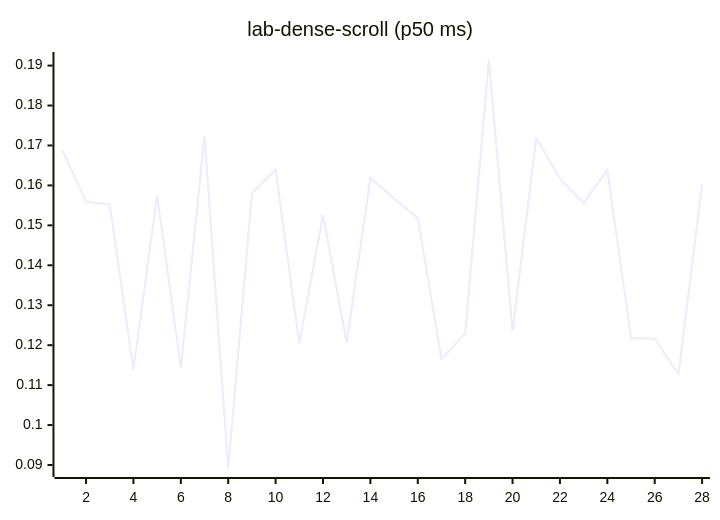
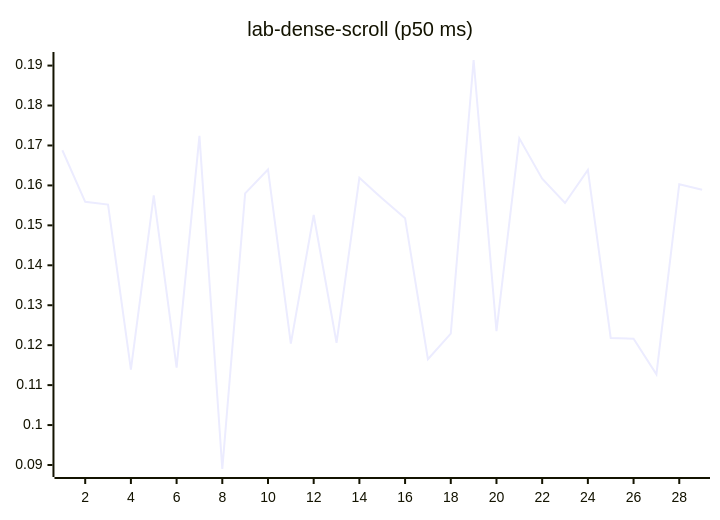
One commit to josha/Facet changed diagram 12 of 27 in README.md. Above: the diagram before and after it, drawn with Mermaid. The commit also changed other lines of this file and 2 other files, not shown here.

````diff
--- a/README.md
+++ b/README.md
@@ -140,6 +140,6 @@
 ```mermaid
 xychart-beta
     title "lab-dense-scroll (p50 ms)"
-    x-axis 1 --> 28
-    line [0.1688, 0.1559, 0.1552, 0.1139, 0.1575, 0.1144, 0.1724, 0.0890, 0.1580, 0.1640, 0.1204, 0.1526, 0.1206, 0.1619, 0.1567, 0.1518, 0.1165, 0.1229, 0.1914, 0.1235, 0.1718, 0.1617, 0.1556, 0.1639, 0.1218, 0.1216, 0.1127, 0.1603]
+    x-axis 1 --> 29
+    line [0.1688, 0.1559, 0.1552, 0.1139, 0.1575, 0.1144, 0.1724, 0.0890, 0.1580, 0.1640, 0.1204, 0.1526, 0.1206, 0.1619, 0.1567, 0.1518, 0.1165, 0.1229, 0.1914, 0.1235, 0.1718, 0.1617, 0.1556, 0.1639, 0.1218, 0.1216, 0.1127, 0.1603, 0.1589]
 ```
````
